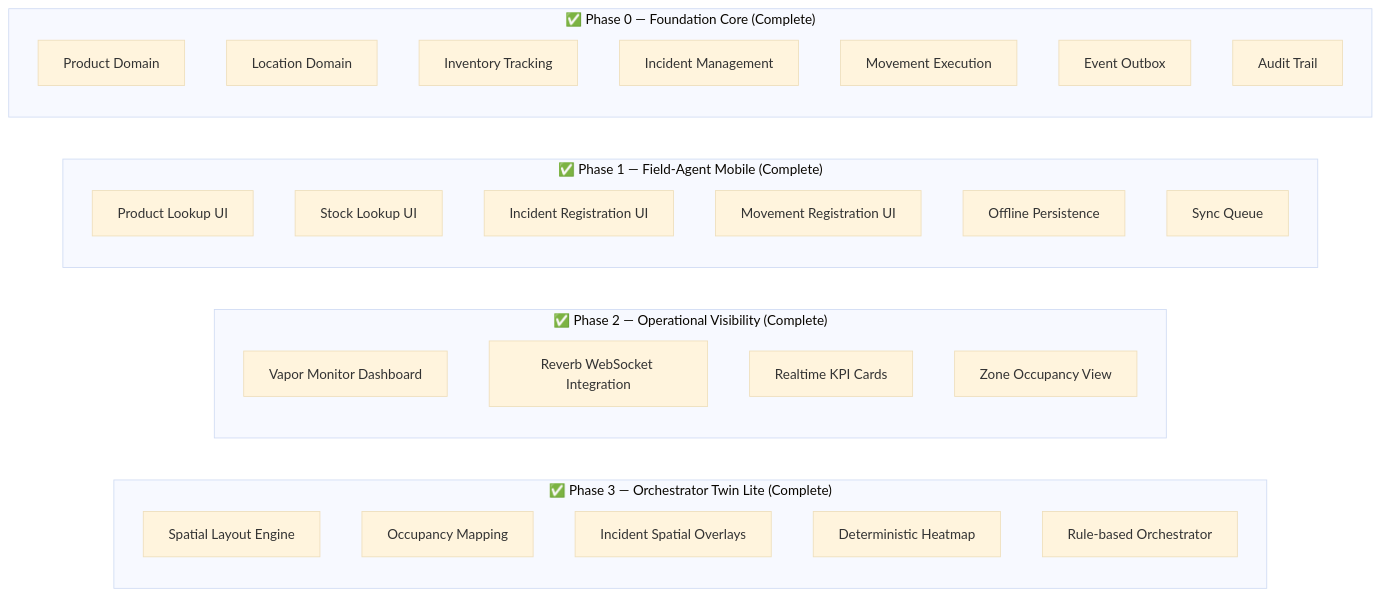
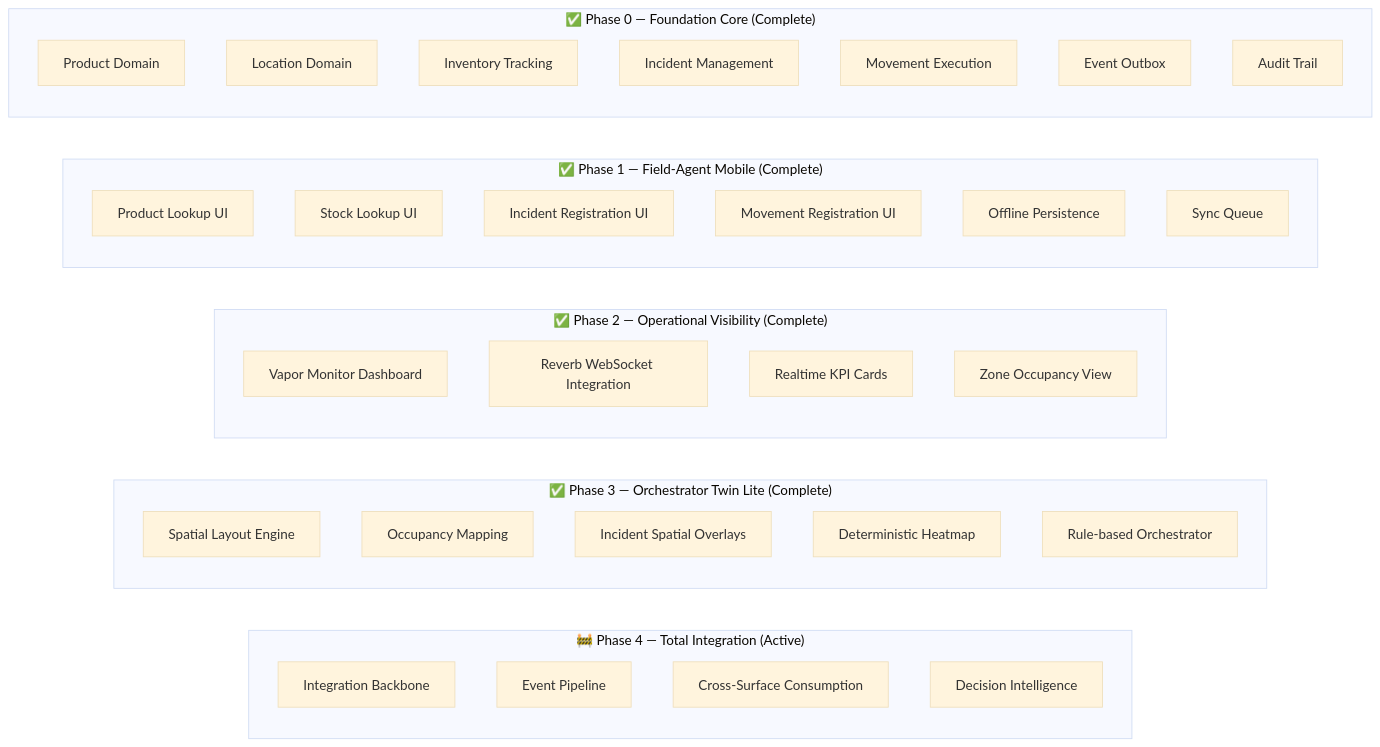
One commit to h-builds/nexus-wms changed the fifth of 5 diagrams in README.md. Above: the diagram before and after it, drawn with Mermaid (base theme). The commit also changed other lines of this file and 7 other files, not shown here.

Commit message:
docs: define Phase 4.1 integration backbone, event lifecycle, and correlation model in documentation

````diff
--- a/README.md
+++ b/README.md
@@ -175,44 +183,53 @@
 ```mermaid
 flowchart TB
     subgraph Phase0 ["✅ Phase 0 — Foundation Core (Complete)"]
         direction TB
         P["Product Domain"]
         L["Location Domain"]
         I["Inventory Tracking"]
         IR["Incident Management"]
         MT["Movement Execution"]
         EV["Event Outbox"]
         AU["Audit Trail"]
     end
 
     subgraph Phase1 ["✅ Phase 1 — Field-Agent Mobile (Complete)"]
         direction TB
         PL["Product Lookup UI"]
         SL["Stock Lookup UI"]
         IReg["Incident Registration UI"]
         MReg["Movement Registration UI"]
         OFF["Offline Persistence"]
         SYN["Sync Queue"]
     end
 
     subgraph Phase2 ["✅ Phase 2 — Operational Visibility (Complete)"]
         direction TB
         VM["Vapor Monitor Dashboard"]
         REV["Reverb WebSocket Integration"]
         KPI["Realtime KPI Cards"]
         OCC["Zone Occupancy View"]
     end
 
     subgraph Phase3 ["✅ Phase 3 — Orchestrator Twin Lite (Complete)"]
         direction TB
         SP["Spatial Layout Engine"]
         OM["Occupancy Mapping"]
         IM["Incident Spatial Overlays"]
         HM["Deterministic Heatmap"]
         RS["Rule-based Orchestrator"]
     end
 
+    subgraph Phase4 ["🚧 Phase 4 — Total Integration (Active)"]
+        direction TB
+        IB["Integration Backbone"]
+        EP["Event Pipeline"]
+        CSC["Cross-Surface Consumption"]
+        DIL["Decision Intelligence"]
+    end
+
     Phase0 ~~~ Phase1
     Phase1 ~~~ Phase2
     Phase2 ~~~ Phase3
+    Phase3 ~~~ Phase4
 ```
````
